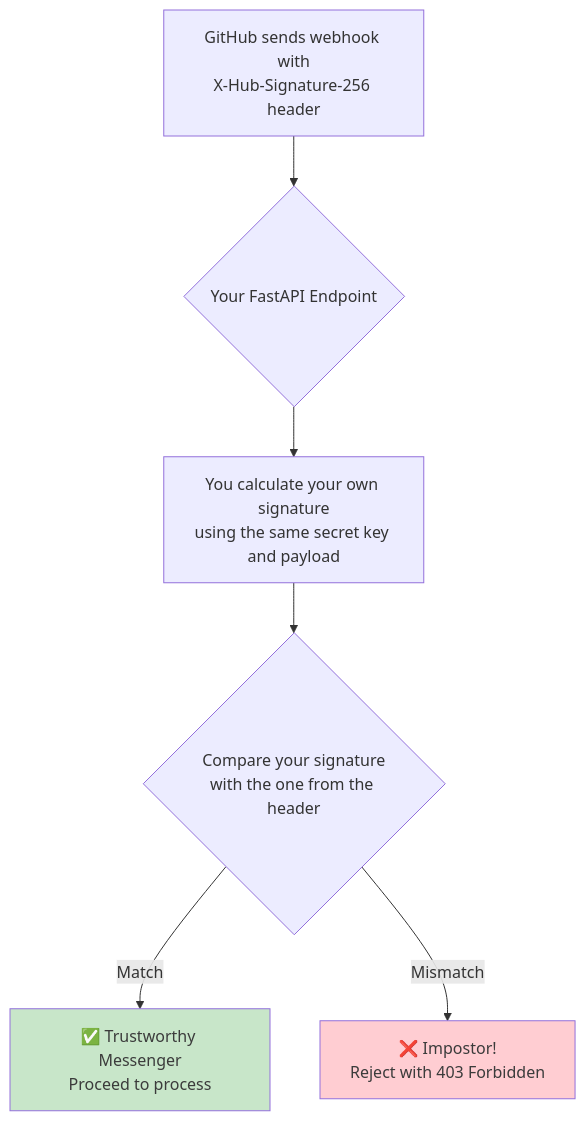
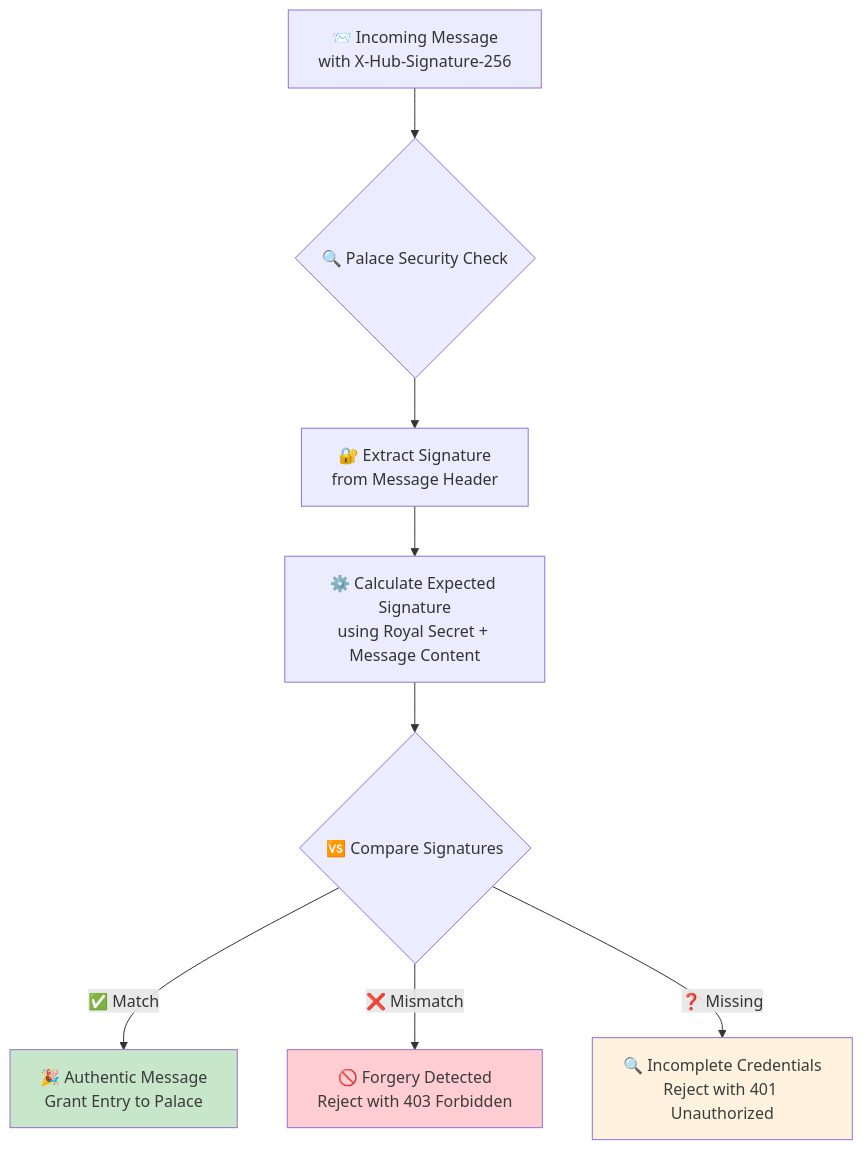
Before and after one commit to ridwanspace/restful-fastapi-guideline: the sixth of 9 diagrams in app/docs/04_advanced/02-implementing-webhooks/page.mdx, drawn with Mermaid. The commit also changed other lines of this file and 1 other file, not shown here.

First line of the commit message:
📝 docs(webhooks): enhance webhook documentation for clarity and enterprise readiness

````diff
--- a/app/docs/04_advanced/02-implementing-webhooks/page.mdx
+++ b/app/docs/04_advanced/02-implementing-webhooks/page.mdx
@@ -118,11 +333,14 @@
 ```mermaid
 graph TD
-    A[GitHub sends webhook with<br/>X-Hub-Signature-256 header] --> B{Your FastAPI Endpoint}
-    B --> C[You calculate your own signature<br/>using the same secret key and payload]
-    C --> D{Compare your signature<br/>with the one from the header}
-    D -- Match --> E[✅ Trustworthy Messenger<br/>Proceed to process]
-    D -- Mismatch --> F[❌ Impostor!<br/>Reject with 403 Forbidden]
-
-    style E fill:#c8e6c9,color:#3b3b3b
-    style F fill:#ffcdd2,color:#3b3b3b
+    A[📨 Incoming Message<br/>with X-Hub-Signature-256] --> B{🔍 Palace Security Check}
+    B --> C[🔐 Extract Signature<br/>from Message Header]
+    C --> D[⚙️ Calculate Expected Signature<br/>using Royal Secret + Message Content]
+    D --> E{🆚 Compare Signatures}
+    E -->|✅ Match| F[🎉 Authentic Message<br/>Grant Entry to Palace]
+    E -->|❌ Mismatch| G[🚫 Forgery Detected<br/>Reject with 403 Forbidden]
+    E -->|❓ Missing| H[🔍 Incomplete Credentials<br/>Reject with 401 Unauthorized]
+    
+    style F fill:#c8e6c9,color:#3b3b3b
+    style G fill:#ffcdd2,color:#3b3b3b
+    style H fill:#fff3e0,color:#3b3b3b
 ```
````
